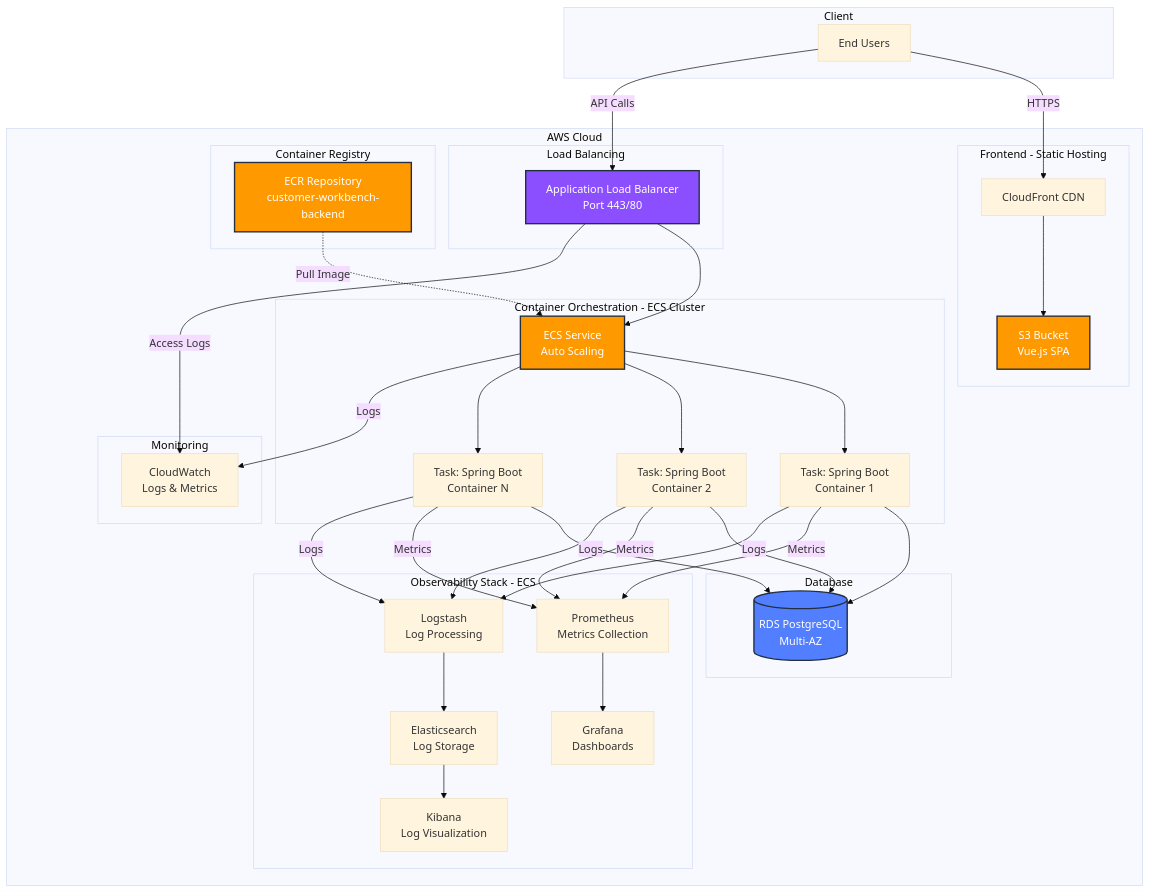
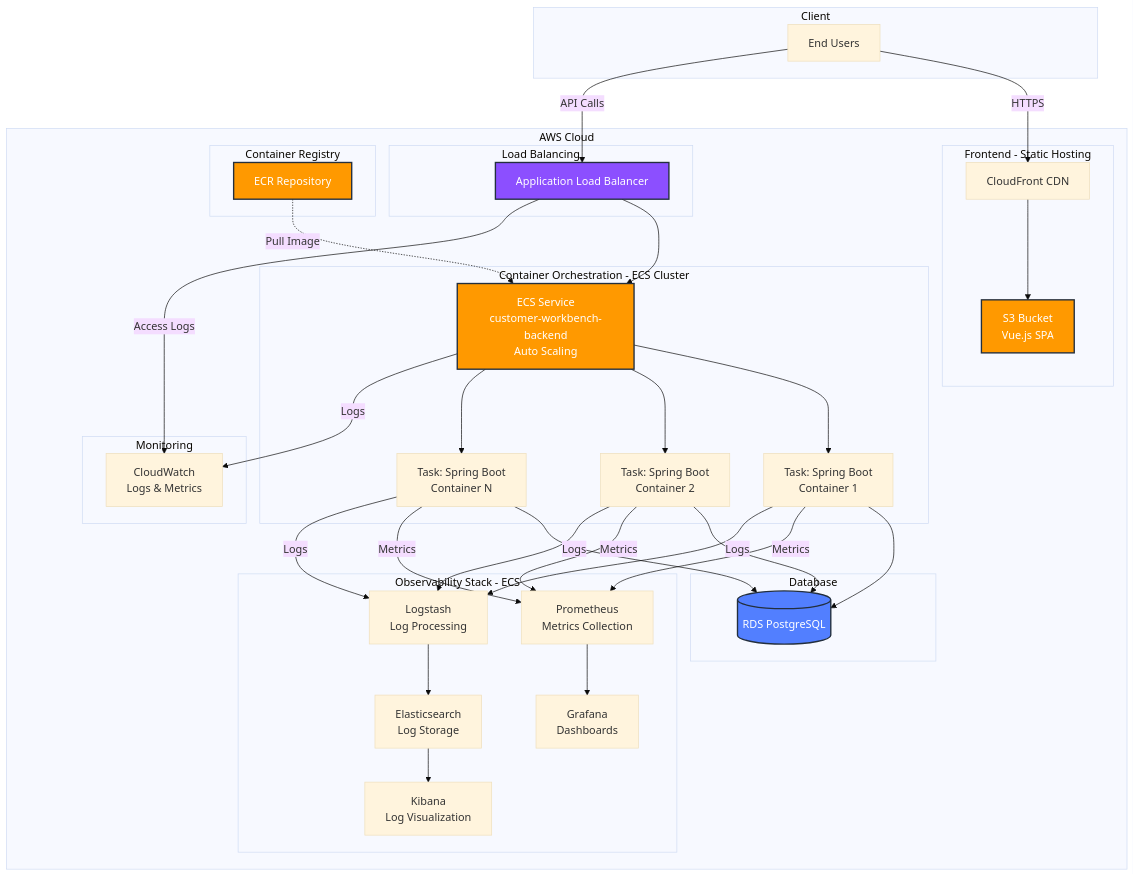
Before and after one commit to stephenculmer/customer-workbench-backend: the diagram in AWS_DEPLOYMENT.md, drawn with Mermaid (base theme). The commit also changed 1 other file, not shown here.

Commit message:
Edit AWS Deployement Plan

````diff
--- a/AWS_DEPLOYMENT.md
+++ b/AWS_DEPLOYMENT.md
@@ -5,77 +5,77 @@
 ```mermaid
 graph TB
     subgraph "Client"
         USER[End Users]
     end
 
     subgraph "AWS Cloud"
         subgraph "Frontend - Static Hosting"
             S3[S3 Bucket<br/>Vue.js SPA]
             CF[CloudFront CDN]
         end
 
         subgraph "Load Balancing"
-            ALB[Application Load Balancer<br/>Port 443/80]
+            ALB[Application Load Balancer]
         end
 
         subgraph "Container Orchestration - ECS Cluster"
-            ECS_SERVICE[ECS Service<br/>Auto Scaling]
+            ECS_SERVICE[ECS Service<br/>customer-workbench-backend<br/>Auto Scaling]
             TASK1[Task: Spring Boot<br/>Container 1]
             TASK2[Task: Spring Boot<br/>Container 2]
             TASK3[Task: Spring Boot<br/>Container N]
         end
 
         subgraph "Container Registry"
-            ECR[ECR Repository<br/>customer-workbench-backend]
+            ECR[ECR Repository<br/>]
         end
 
         subgraph "Database"
-            RDS[(RDS PostgreSQL<br/>Multi-AZ)]
+            RDS[(RDS PostgreSQL)]
         end
 
         subgraph "Observability Stack - ECS"
             PROM[Prometheus<br/>Metrics Collection]
             GRAF[Grafana<br/>Dashboards]
             ELK_E[Elasticsearch<br/>Log Storage]
             ELK_L[Logstash<br/>Log Processing]
             ELK_K[Kibana<br/>Log Visualization]
         end
 
         subgraph "Monitoring"
             CW[CloudWatch<br/>Logs & Metrics]
         end
     end
 
     USER -->|HTTPS| CF
     CF --> S3
     USER -->|API Calls| ALB
     ALB --> ECS_SERVICE
     ECS_SERVICE --> TASK1
     ECS_SERVICE --> TASK2
     ECS_SERVICE --> TASK3
     TASK1 --> RDS
     TASK2 --> RDS
     TASK3 --> RDS
 
     ECR -.->|Pull Image| ECS_SERVICE
 
     TASK1 -->|Metrics| PROM
     TASK2 -->|Metrics| PROM
     TASK3 -->|Metrics| PROM
     PROM --> GRAF
 
     TASK1 -->|Logs| ELK_L
     TASK2 -->|Logs| ELK_L
     TASK3 -->|Logs| ELK_L
     ELK_L --> ELK_E
     ELK_E --> ELK_K
 
     ECS_SERVICE -->|Logs| CW
     ALB -->|Access Logs| CW
 
     style S3 fill:#FF9900,stroke:#232F3E,stroke-width:2px,color:#fff
     style ECR fill:#FF9900,stroke:#232F3E,stroke-width:2px,color:#fff
     style ECS_SERVICE fill:#FF9900,stroke:#232F3E,stroke-width:2px,color:#fff
     style RDS fill:#527FFF,stroke:#232F3E,stroke-width:2px,color:#fff
     style ALB fill:#8C4FFF,stroke:#232F3E,stroke-width:2px,color:#fff
 ```
````
